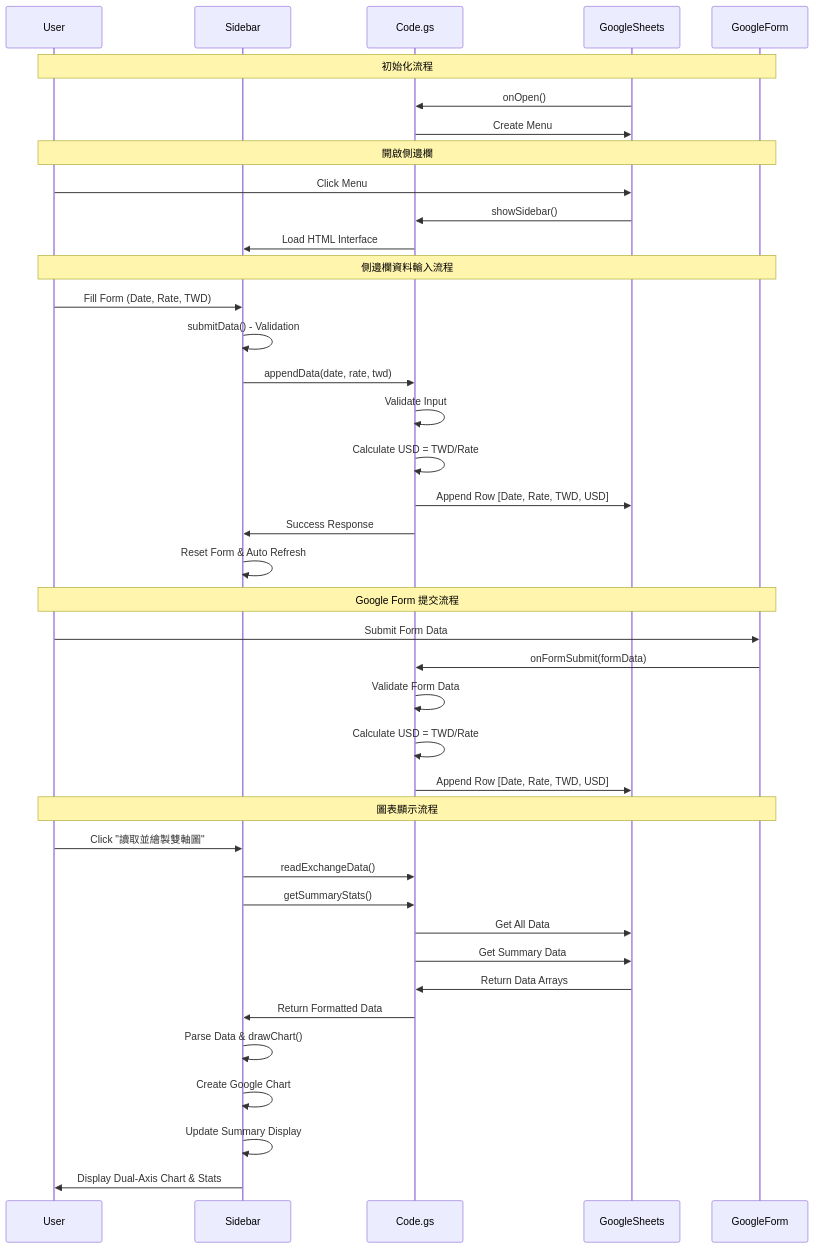
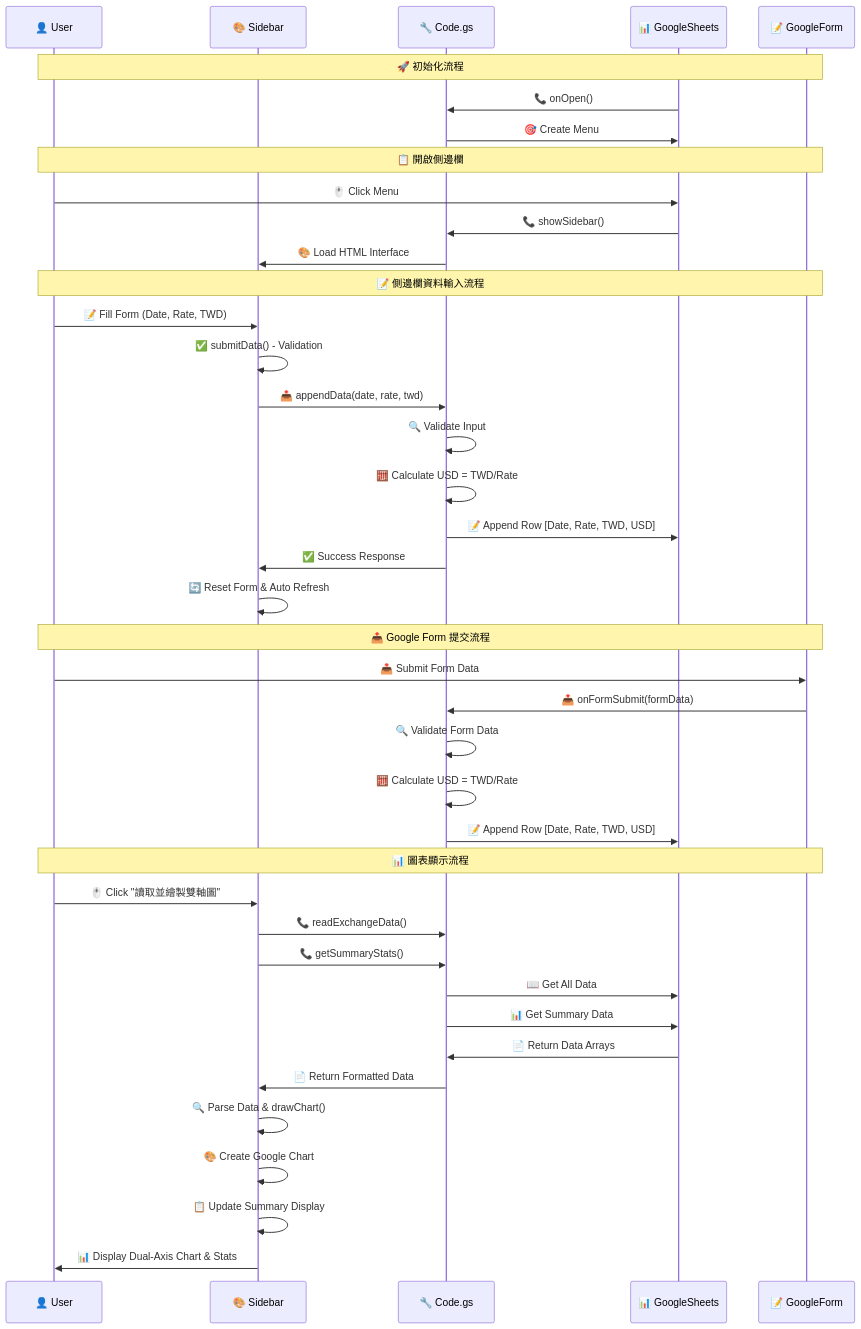
One commit to DanielHo-BS/ExchangeRateDashboard changed the second of 3 diagrams in README.md. Above: the diagram before and after it, drawn with Mermaid. The commit also changed other lines of this file, not shown here.

First line of the commit message:
Enhance README.md with improved visual elements and flowchart annotations

````diff
--- a/README.md
+++ b/README.md
@@ -139,47 +164,47 @@
 ```mermaid
 sequenceDiagram
-    participant User
-    participant Sidebar
-    participant Code.gs
-    participant GoogleSheets
-    participant GoogleForm
+    participant User as 👤 User
+    participant Sidebar as 🎨 Sidebar
+    participant Code.gs as 🔧 Code.gs
+    participant GoogleSheets as 📊 GoogleSheets
+    participant GoogleForm as 📝 GoogleForm
     
-    Note over User,GoogleForm: 初始化流程
-    GoogleSheets->>Code.gs: onOpen()
-    Code.gs->>GoogleSheets: Create Menu
+    Note over User,GoogleForm: 🚀 初始化流程
+    GoogleSheets->>Code.gs: 📞 onOpen()
+    Code.gs->>GoogleSheets: 🎯 Create Menu
     
-    Note over User,GoogleForm: 開啟側邊欄
-    User->>GoogleSheets: Click Menu
-    GoogleSheets->>Code.gs: showSidebar()
-    Code.gs->>Sidebar: Load HTML Interface
+    Note over User,GoogleForm: 📋 開啟側邊欄
+    User->>GoogleSheets: 🖱️ Click Menu
+    GoogleSheets->>Code.gs: 📞 showSidebar()
+    Code.gs->>Sidebar: 🎨 Load HTML Interface
     
-    Note over User,GoogleForm: 側邊欄資料輸入流程
-    User->>Sidebar: Fill Form (Date, Rate, TWD)
-    Sidebar->>Sidebar: submitData() - Validation
-    Sidebar->>Code.gs: appendData(date, rate, twd)
-    Code.gs->>Code.gs: Validate Input
-    Code.gs->>Code.gs: Calculate USD = TWD/Rate
-    Code.gs->>GoogleSheets: Append Row [Date, Rate, TWD, USD]
-    Code.gs->>Sidebar: Success Response
-    Sidebar->>Sidebar: Reset Form & Auto Refresh
+    Note over User,GoogleForm: 📝 側邊欄資料輸入流程
+    User->>Sidebar: 📝 Fill Form (Date, Rate, TWD)
+    Sidebar->>Sidebar: ✅ submitData() - Validation
+    Sidebar->>Code.gs: 📤 appendData(date, rate, twd)
+    Code.gs->>Code.gs: 🔍 Validate Input
+    Code.gs->>Code.gs: 🧮 Calculate USD = TWD/Rate
+    Code.gs->>GoogleSheets: 📝 Append Row [Date, Rate, TWD, USD]
+    Code.gs->>Sidebar: ✅ Success Response
+    Sidebar->>Sidebar: 🔄 Reset Form & Auto Refresh
     
-    Note over User,GoogleForm: Google Form 提交流程
-    User->>GoogleForm: Submit Form Data
-    GoogleForm->>Code.gs: onFormSubmit(formData)
-    Code.gs->>Code.gs: Validate Form Data
-    Code.gs->>Code.gs: Calculate USD = TWD/Rate
-    Code.gs->>GoogleSheets: Append Row [Date, Rate, TWD, USD]
+    Note over User,GoogleForm: 📤 Google Form 提交流程
+    User->>GoogleForm: 📤 Submit Form Data
+    GoogleForm->>Code.gs: 📤 onFormSubmit(formData)
+    Code.gs->>Code.gs: 🔍 Validate Form Data
+    Code.gs->>Code.gs: 🧮 Calculate USD = TWD/Rate
+    Code.gs->>GoogleSheets: 📝 Append Row [Date, Rate, TWD, USD]
     
-    Note over User,GoogleForm: 圖表顯示流程
-    User->>Sidebar: Click "讀取並繪製雙軸圖"
-    Sidebar->>Code.gs: readExchangeData()
-    Sidebar->>Code.gs: getSummaryStats()
-    Code.gs->>GoogleSheets: Get All Data
-    Code.gs->>GoogleSheets: Get Summary Data
-    GoogleSheets->>Code.gs: Return Data Arrays
-    Code.gs->>Sidebar: Return Formatted Data
-    Sidebar->>Sidebar: Parse Data & drawChart()
-    Sidebar->>Sidebar: Create Google Chart
-    Sidebar->>Sidebar: Update Summary Display
-    Sidebar->>User: Display Dual-Axis Chart & Stats
+    Note over User,GoogleForm: 📊 圖表顯示流程
+    User->>Sidebar: 🖱️ Click "讀取並繪製雙軸圖"
+    Sidebar->>Code.gs: 📞 readExchangeData()
+    Sidebar->>Code.gs: 📞 getSummaryStats()
+    Code.gs->>GoogleSheets: 📖 Get All Data
+    Code.gs->>GoogleSheets: 📊 Get Summary Data
+    GoogleSheets->>Code.gs: 📄 Return Data Arrays
+    Code.gs->>Sidebar: 📄 Return Formatted Data
+    Sidebar->>Sidebar: 🔍 Parse Data & drawChart()
+    Sidebar->>Sidebar: 🎨 Create Google Chart
+    Sidebar->>Sidebar: 📋 Update Summary Display
+    Sidebar->>User: 📊 Display Dual-Axis Chart & Stats
 ```
````
